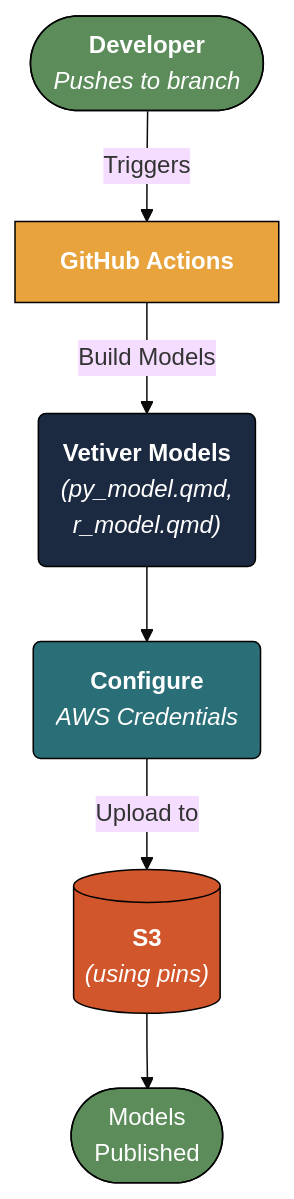
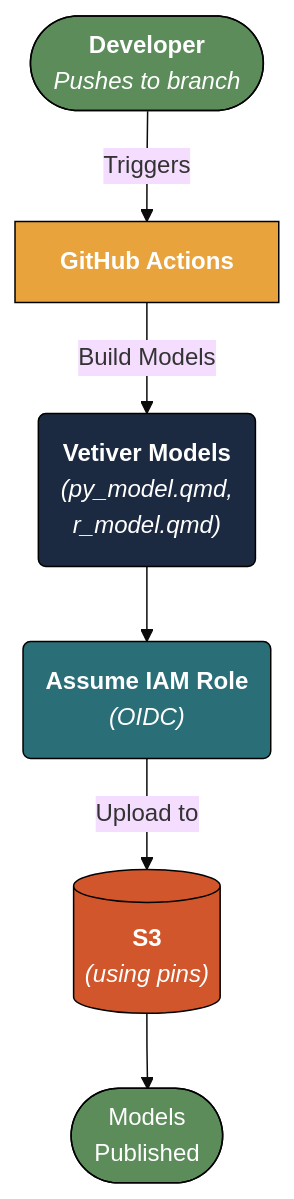
One commit to mjfrigaard/do4ds-labs changed the first of 2 diagrams in gha-s3.qmd. Above: the diagram before and after it, drawn with Mermaid. The commit also changed other lines of this file and 5 other files, not shown here.

````diff
--- a/gha-s3.qmd
+++ b/gha-s3.qmd
@@ -29,22 +29,22 @@
 ```{mermaid}
 %%| fig-cap: 'GitHub Actions Automated Deployment'
 %%| fig-width: 7.0
 %%| fig-align: 'center'
 %%{init: {'theme': 'base', 'look': 'classic', 'themeVariables': {'fontFamily': 'monospace'}}}%%
 
 graph TD
     Push(["<strong>Developer</strong><br/><em>Pushes to branch</em>"]) 
     GHA["<strong>GitHub Actions</strong>"]
     Push --Triggers--> GHA
     GHA --"Build Models"--> Build("<strong>Vetiver Models</strong><br/><em>(py_model.qmd, <br>r_model.qmd)</em>")
-    Build --> Auth("<strong>Configure</strong><br><em>AWS Credentials</em>")
+    Build --> Auth("<strong>Assume IAM Role</strong><br><em>(OIDC)</em>")
     Auth --"Upload to"--> S3[("<strong>S3</strong><br/><em>(using pins)</em>")]
     S3 --> Success(["Models<br/>Published"])
 
     style Push fill:#5B8C5A,stroke:#000000,stroke-width:1px,color:#ffffff
     style GHA fill:#E8A33D,stroke:#000000,stroke-width:1px,color:#ffffff
     style Build fill:#1B2A41,stroke:#000000,stroke-width:1px,color:#ffffff
     style Auth fill:#2A6F77,stroke:#000000,stroke-width:1px,color:#ffffff
     style S3 fill:#D2562B,stroke:#000000,stroke-width:1px,color:#ffffff
     style Success fill:#5B8C5A,stroke:#000000,stroke-width:1px,color:#ffffff
 ```
````
